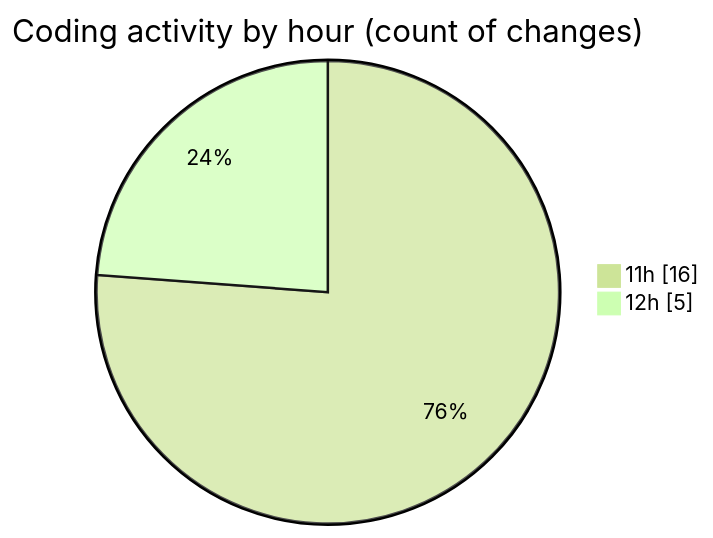
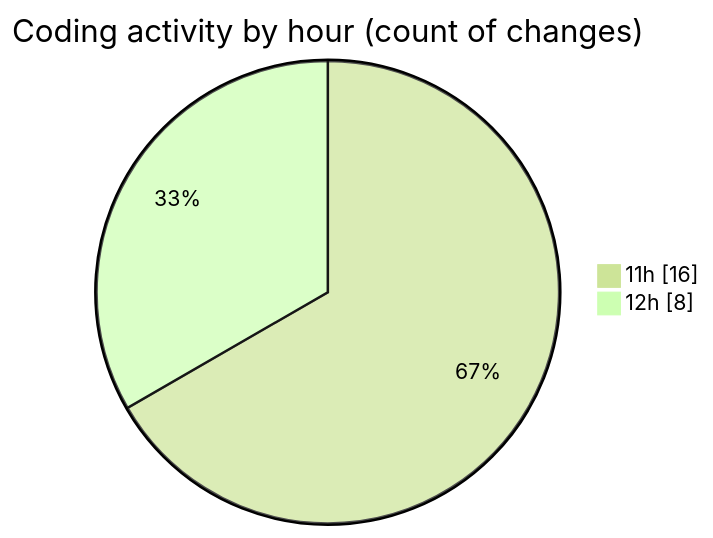
One commit to nxtqubesakshisongat/code-tracking changed the second of 2 diagrams in 2025-10-01/nxtqube_webapp/README.md. Above: the diagram before and after it, drawn with Mermaid (forest theme). The commit also changed other lines of this file and 1 other file, not shown here.

````diff
--- a/2025-10-01/nxtqube_webapp/README.md
+++ b/2025-10-01/nxtqube_webapp/README.md
@@ -31,6 +31,6 @@
 ```mermaid
 pie showData
 title Coding activity by hour (count of changes)
 "11h" : 16
-"12h" : 5
+"12h" : 8
 ```
````
